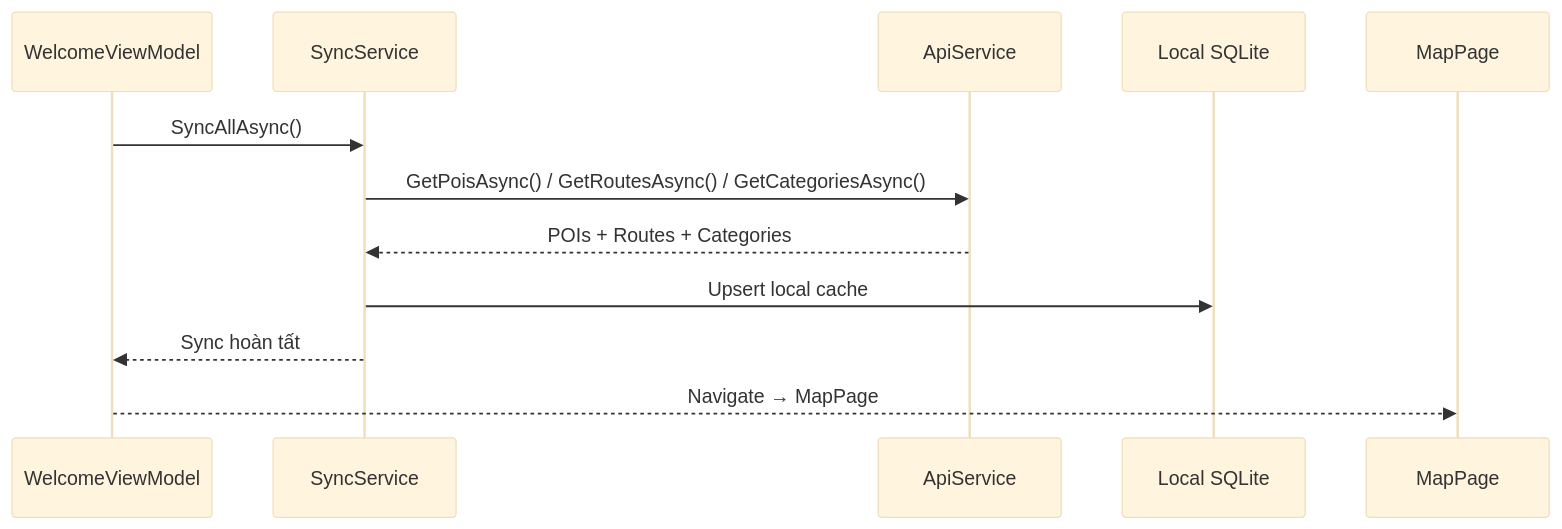
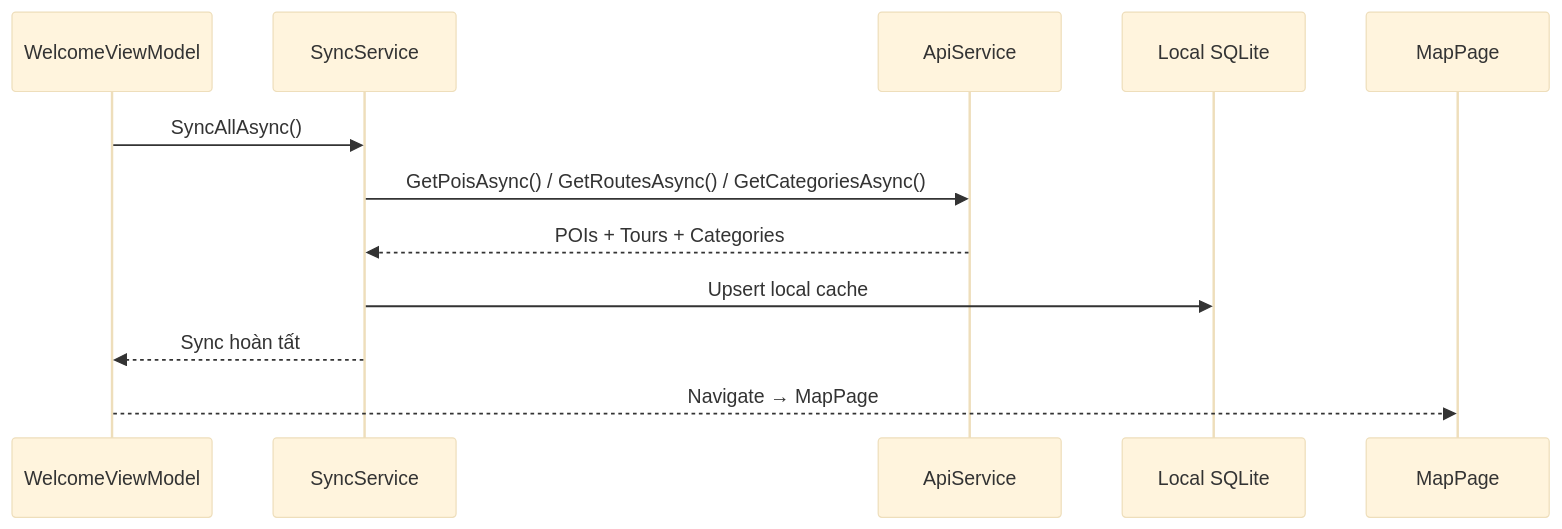
Before and after one commit to quynhtien1977/AudioGo: the seventh of 58 diagrams in PRD.md, drawn with Mermaid (base theme). The commit also changed other lines of this file, not shown here.

````diff
--- a/PRD.md
+++ b/PRD.md
@@ -891,15 +875,15 @@
 ```mermaid
 sequenceDiagram
     participant VM as WelcomeViewModel
     participant SyncSvc as SyncService
     participant API as ApiService
     participant DB as Local SQLite
     participant MapPage
 
     VM ->> SyncSvc: SyncAllAsync()
     SyncSvc ->> API: GetPoisAsync() / GetRoutesAsync() / GetCategoriesAsync()
-    API -->> SyncSvc: POIs + Routes + Categories
+    API -->> SyncSvc: POIs + Tours + Categories
     SyncSvc ->> DB: Upsert local cache
     SyncSvc -->> VM: Sync hoàn tất
     VM -->> MapPage: Navigate → MapPage
 ```
````
